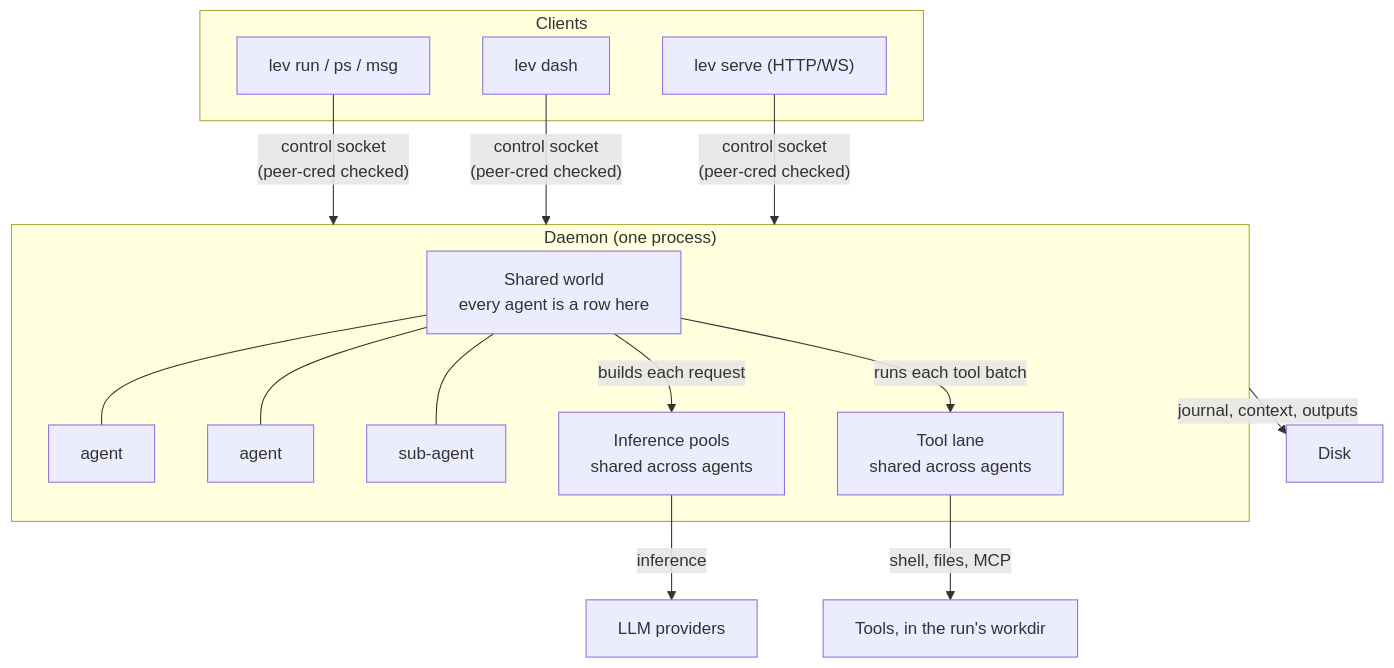
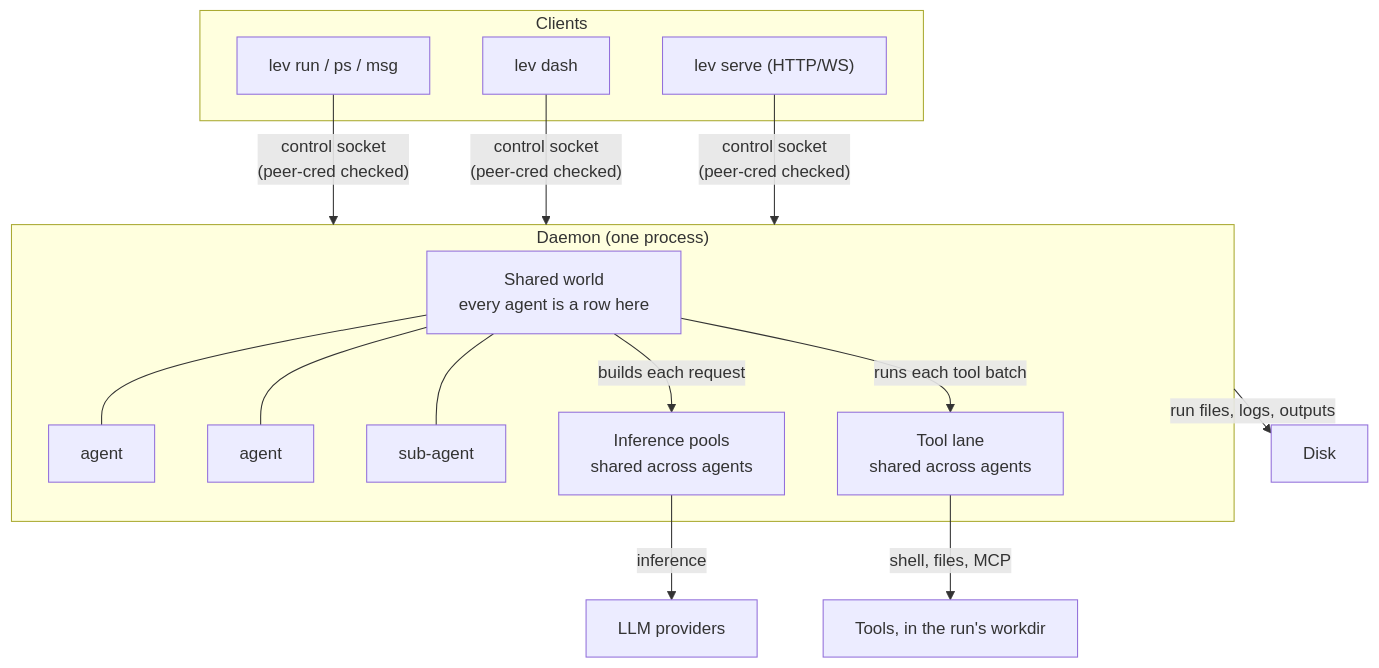
One commit to GEMISIS/leviath changed the first of 2 diagrams in docs/content/daemon.md. Above: the diagram before and after it, drawn with Mermaid. The commit also changed other lines of this file and 849 other files, not shown here.

````diff
--- a/docs/content/daemon.md
+++ b/docs/content/daemon.md
@@ -19,22 +19,22 @@
 ```mermaid
 flowchart TB
   subgraph clients["Clients"]
     RUN["lev run / ps / msg"]
     DASH["lev dash"]
     SERVE["lev serve (HTTP/WS)"]
   end
   RUN & DASH & SERVE -->|"control socket<br/>(peer-cred checked)"| DAEMON
   subgraph DAEMON["Daemon (one process)"]
     WORLD["Shared world<br/>every agent is a row here"]
     WORLD --- A1["agent"]
     WORLD --- A2["agent"]
     WORLD --- A3["sub-agent"]
     POOLS["Inference pools<br/>shared across agents"]
     LANE["Tool lane<br/>shared across agents"]
     WORLD -->|"builds each request"| POOLS
     WORLD -->|"runs each tool batch"| LANE
   end
   POOLS -->|inference| PROV["LLM providers"]
   LANE -->|"shell, files, MCP"| TOOLS["Tools, in the run's workdir"]
-  DAEMON -->|"journal, context, outputs"| DISK["Disk"]
+  DAEMON -->|"run files, logs, outputs"| DISK["Disk"]
 ```
````
